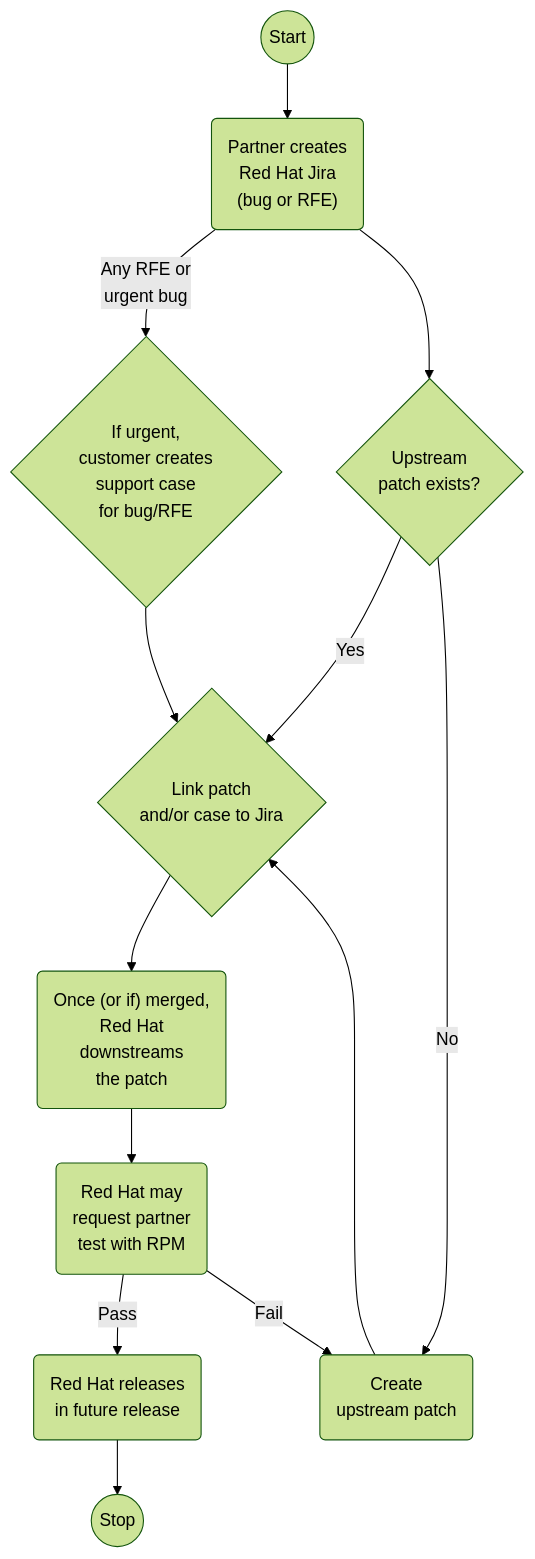
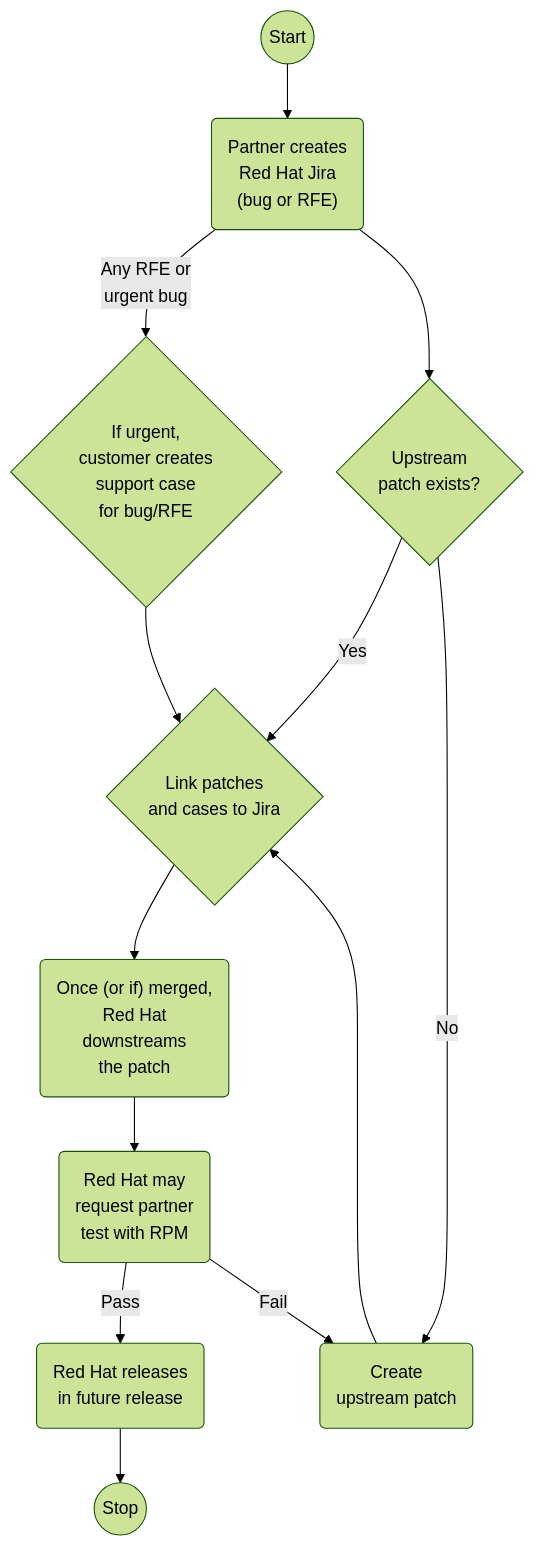
One commit to seanmerrow/homelab changed the diagram in dns/openstack-workflow.md. Above: the diagram before and after it, drawn with Mermaid (forest theme).

Commit message:
Fix formatting in openstack-workflow.md

````diff
--- a/dns/openstack-workflow.md
+++ b/dns/openstack-workflow.md
@@ -3,15 +3,15 @@
 ```mermaid
 flowchart TD
     Start@{ shape: circle, label: "Start" } --> jira("Partner creates\nRed Hat Jira\n(bug or RFE)")
     jira -->|"Any RFE or\nurgent bug"| case{"If urgent,\ncustomer creates\nsupport case\n for bug/RFE"}
     jira --> patch{"Upstream\npatch exists?"}
-    case --> link{"Link patch\nand/or case to Jira"}
+    case --> link{"Link patches \nand cases to Jira"}
     patch -->|Yes|link
     patch -->|No|create-patch("Create\nupstream patch")
     create-patch -->link
     link --> downstream("Once (or if) merged,\nRed Hat\ndownstreams\nthe patch")
     downstream --> test("Red Hat may\nrequest partner\ntest with RPM")
     test -->|Pass|release("Red Hat releases\nin future release")
     release -->Stop@{ shape: circle, label: "Stop" }
     test -->|Fail|create-patch
 ```
````
